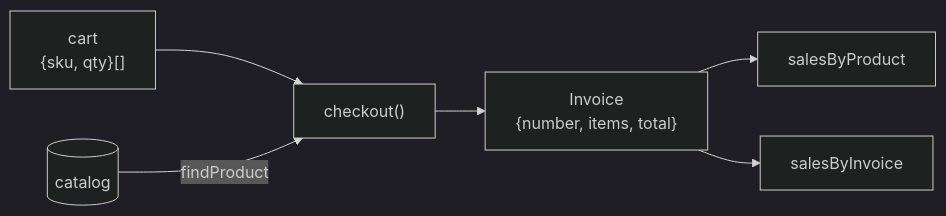
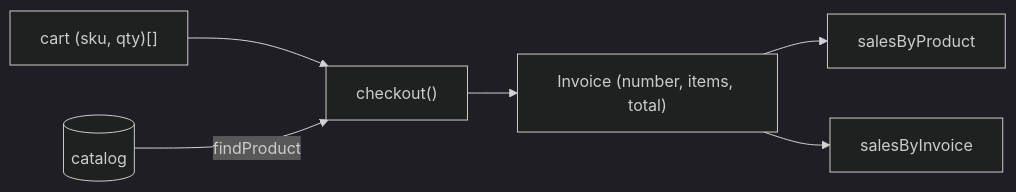
Before and after one commit to hamsof/okf-claude-skills-demo: the diagram in .claude/skills/pos-flow/SKILL.md, drawn with Mermaid (dark theme). The commit also changed 1 other file, not shown here.

Commit message:
fix: drop braces from pos-flow overview diagram labels

````diff
--- a/.claude/skills/pos-flow/SKILL.md
+++ b/.claude/skills/pos-flow/SKILL.md
@@ -14,8 +14,8 @@
 ```mermaid
 flowchart LR
-    Cart["cart<br/>{sku, qty}[]"] --> CO["checkout()"]
+    Cart["cart (sku, qty)[]"] --> CO["checkout()"]
     Cat[("catalog")] -->|findProduct| CO
-    CO --> Inv["Invoice<br/>{number, items, total}"]
+    CO --> Inv["Invoice (number, items, total)"]
     Inv --> RP["salesByProduct"]
     Inv --> RI["salesByInvoice"]
 ```
````
